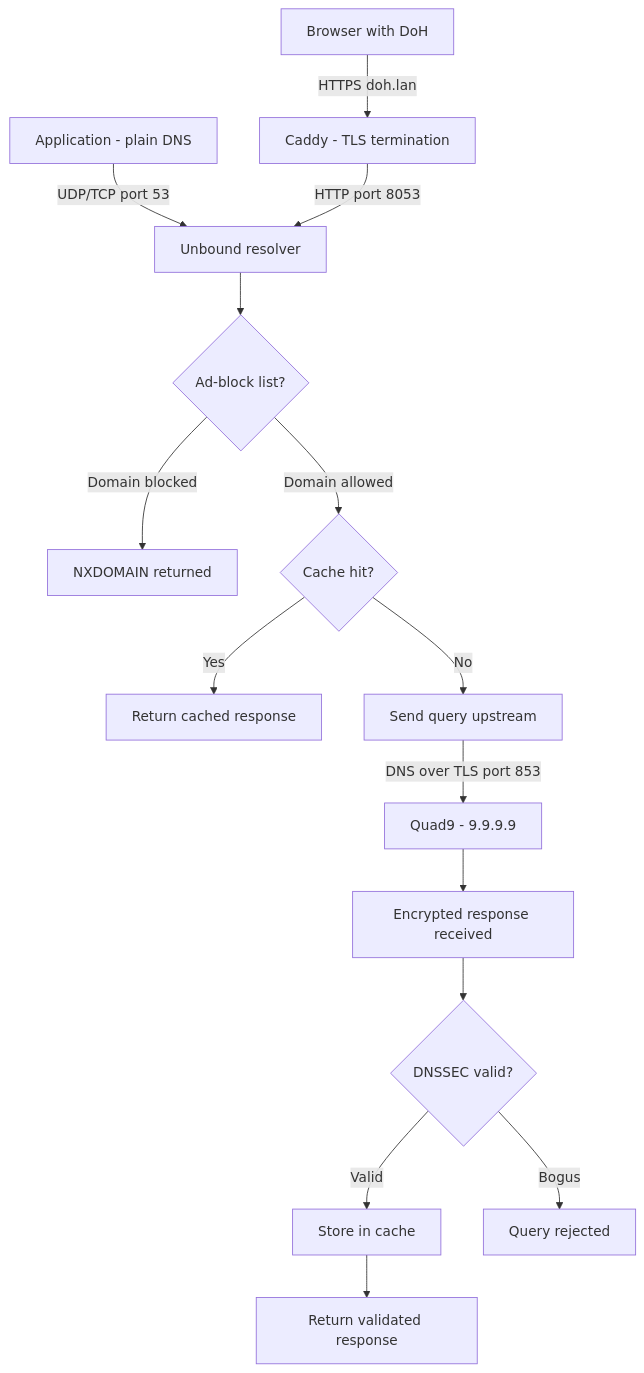
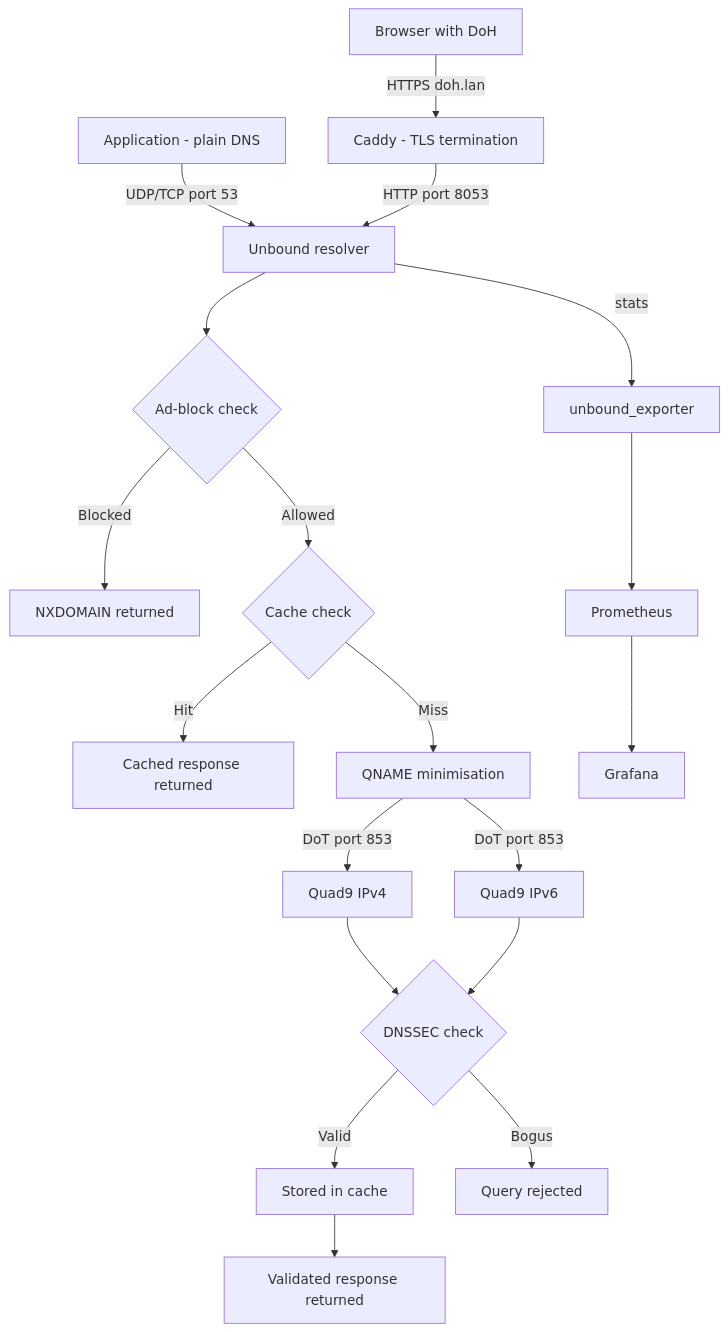
The diagram in README.md (crisis1er/unbound), drawn with Mermaid before and after one commit.

Commit message:
fix: remove question marks from Mermaid diamond labels - render fix

````diff
--- a/README.md
+++ b/README.md
@@ -32,24 +32,28 @@
 ```mermaid
 flowchart TD
     A[Browser with DoH] -->|HTTPS doh.lan| B[Caddy - TLS termination]
-    C[Application - plain DNS] -->|UDP/TCP port 53| D
+    C[Application - plain DNS] -->|UDP/TCP port 53| D[Unbound resolver]
+    B -->|HTTP port 8053| D
 
-    B -->|HTTP port 8053| D[Unbound resolver]
+    D --> E{Ad-block check}
+    E -->|Blocked| F[NXDOMAIN returned]
+    E -->|Allowed| G{Cache check}
 
-    D --> E{Ad-block list?}
-    E -->|Domain blocked| F[NXDOMAIN returned]
-    E -->|Domain allowed| G{Cache hit?}
+    G -->|Hit| H[Cached response returned]
+    G -->|Miss| I[QNAME minimisation]
 
-    G -->|Yes| H[Return cached response]
-    G -->|No| I[Send query upstream]
+    I -->|DoT port 853| J[Quad9 IPv4]
+    I -->|DoT port 853| K[Quad9 IPv6]
 
-    I -->|DNS over TLS port 853| J[Quad9 - 9.9.9.9]
+    J --> L{DNSSEC check}
+    K --> L
 
-    J --> K[Encrypted response received]
-    K --> L{DNSSEC valid?}
-
-    L -->|Valid| M[Store in cache]
+    L -->|Valid| M[Stored in cache]
     L -->|Bogus| N[Query rejected]
 
-    M --> O[Return validated response]
+    M --> O[Validated response returned]
+
+    D -->|stats| P[unbound_exporter]
+    P --> Q[Prometheus]
+    Q --> R[Grafana]
 ```
````
